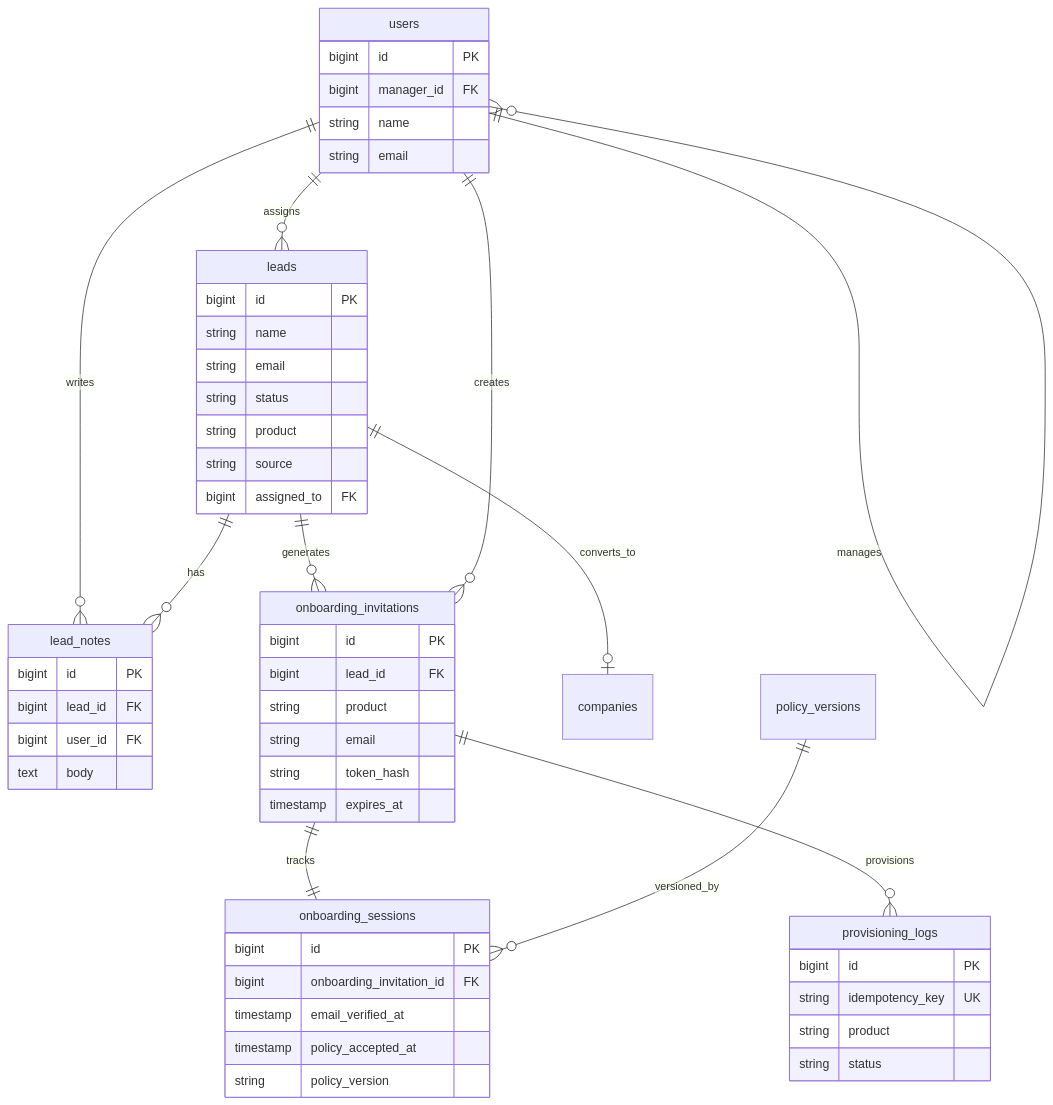
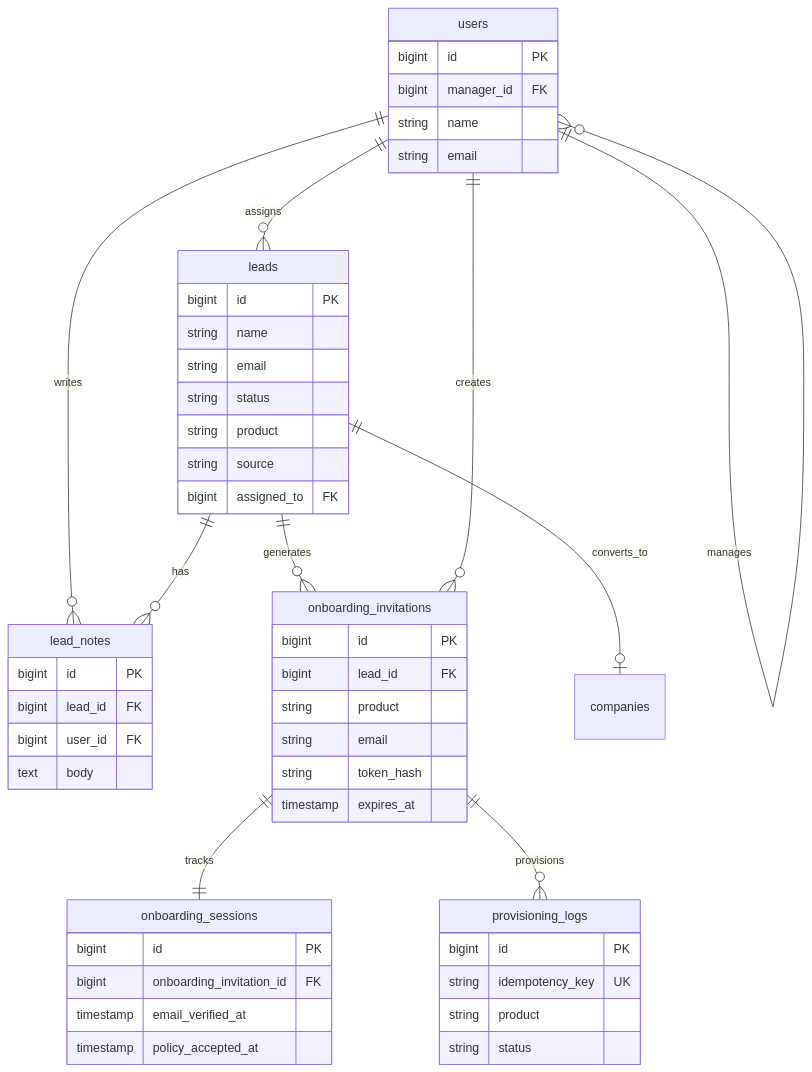
One commit to taldartech/truckbill_admin changed the diagram in docs/er-diagram.md. Above: the diagram before and after it, drawn with Mermaid. The commit also changed other lines of this file and 14 other files, not shown here.

Commit message:
Remove PolicyVersion model and related functionality from onboarding process; update onboarding session and invitation services to eliminate policy version dependency. Adjust database schema and seeder to reflect these changes, and modify documentation accordingly.

````diff
--- a/docs/er-diagram.md
+++ b/docs/er-diagram.md
@@ -3,61 +3,59 @@
 ```mermaid
 erDiagram
     users ||--o{ leads : assigns
     users ||--o{ users : manages
     users ||--o{ lead_notes : writes
     leads ||--o{ lead_notes : has
     leads ||--o{ onboarding_invitations : generates
     leads ||--o| companies : converts_to
     onboarding_invitations ||--|| onboarding_sessions : tracks
     onboarding_invitations ||--o{ provisioning_logs : provisions
-    policy_versions ||--o{ onboarding_sessions : versioned_by
     users ||--o{ onboarding_invitations : creates
 
     users {
         bigint id PK
         bigint manager_id FK
         string name
         string email
     }
 
     leads {
         bigint id PK
         string name
         string email
         string status
         string product
         string source
         bigint assigned_to FK
     }
 
     lead_notes {
         bigint id PK
         bigint lead_id FK
         bigint user_id FK
         text body
     }
 
     onboarding_invitations {
         bigint id PK
         bigint lead_id FK
         string product
         string email
         string token_hash
         timestamp expires_at
     }
 
     onboarding_sessions {
         bigint id PK
         bigint onboarding_invitation_id FK
         timestamp email_verified_at
         timestamp policy_accepted_at
-        string policy_version
     }
 
     provisioning_logs {
         bigint id PK
         string idempotency_key UK
         string product
         string status
     }
 ```
````
